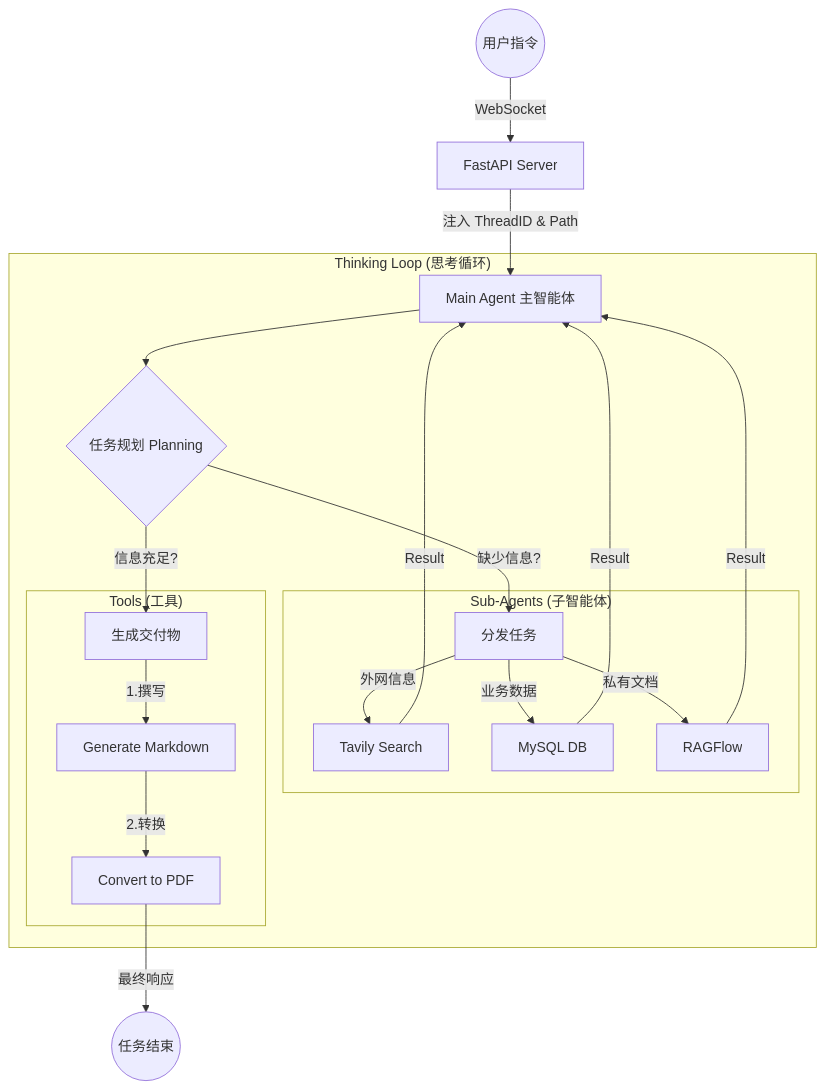
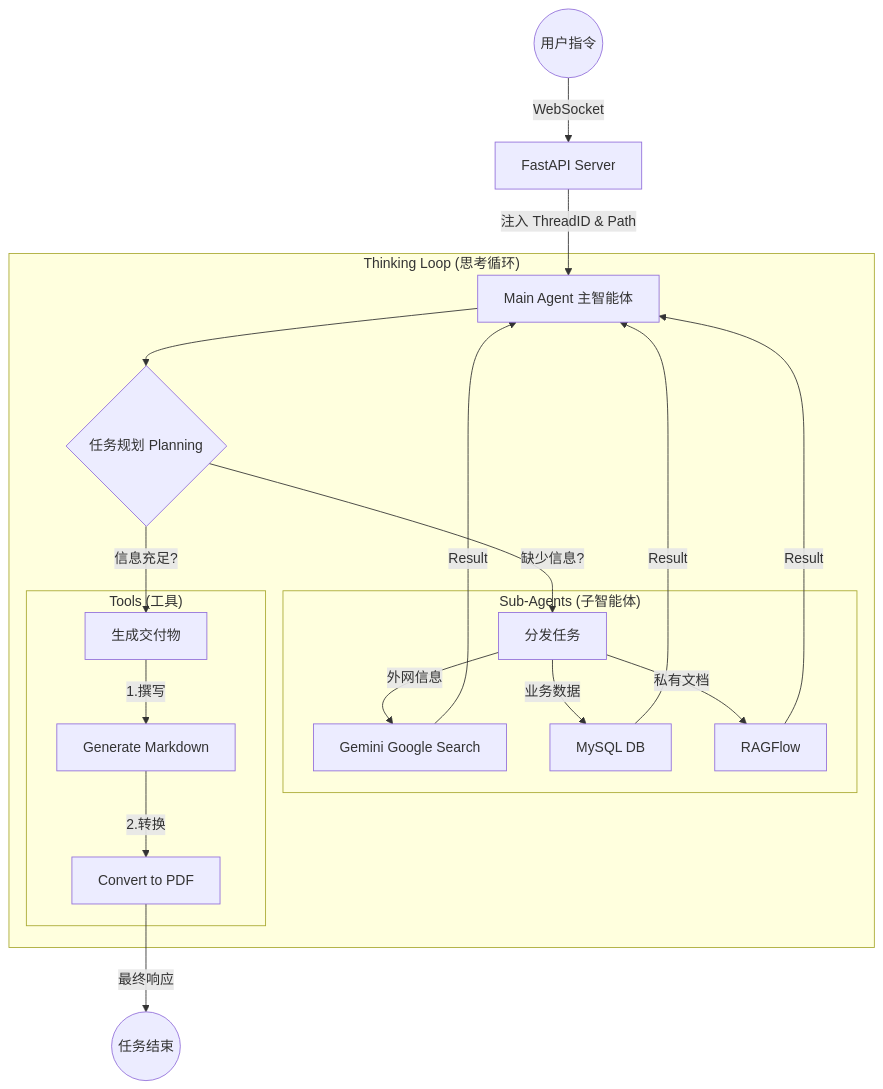
Before and after one commit to pat-CIMAR-UF/DeepAgent: the first of 4 diagrams in 深度搜索项目文档.md, drawn with Mermaid. The commit also changed other lines of this file and 1 other file, not shown here.

First line of the commit message:
Update DeepAgent configuration to utilize Gemini for web search

````diff
--- a/深度搜索项目文档.md
+++ b/深度搜索项目文档.md
@@ -2123,28 +2146,28 @@
 ```mermaid
 graph TD
     Start((用户指令)) -->|WebSocket| Server[FastAPI Server]
     Server -->|注入 ThreadID & Path| Main[Main Agent 主智能体]
     
     subgraph "Thinking Loop (思考循环)"
         Main --> Plan{任务规划 Planning}
         Plan -->|缺少信息?| Dispatch[分发任务]
         Plan -->|信息充足?| Generate[生成交付物]
         
         subgraph "Sub-Agents (子智能体)"
-            Dispatch -->|外网信息| Tavily[Tavily Search]
+            Dispatch -->|外网信息| Gemini[Gemini Google Search]
             Dispatch -->|业务数据| DB[MySQL DB]
             Dispatch -->|私有文档| RAG[RAGFlow]
         end
         
-        Tavily -->|Result| Main
+        Gemini -->|Result| Main
         DB -->|Result| Main
         RAG -->|Result| Main
         
         subgraph "Tools (工具)"
             Generate -->|1.撰写| MD[Generate Markdown]
             MD -->|2.转换| PDF[Convert to PDF]
         end
     end
     
     PDF -->|最终响应| End((任务结束))
 ```
````
